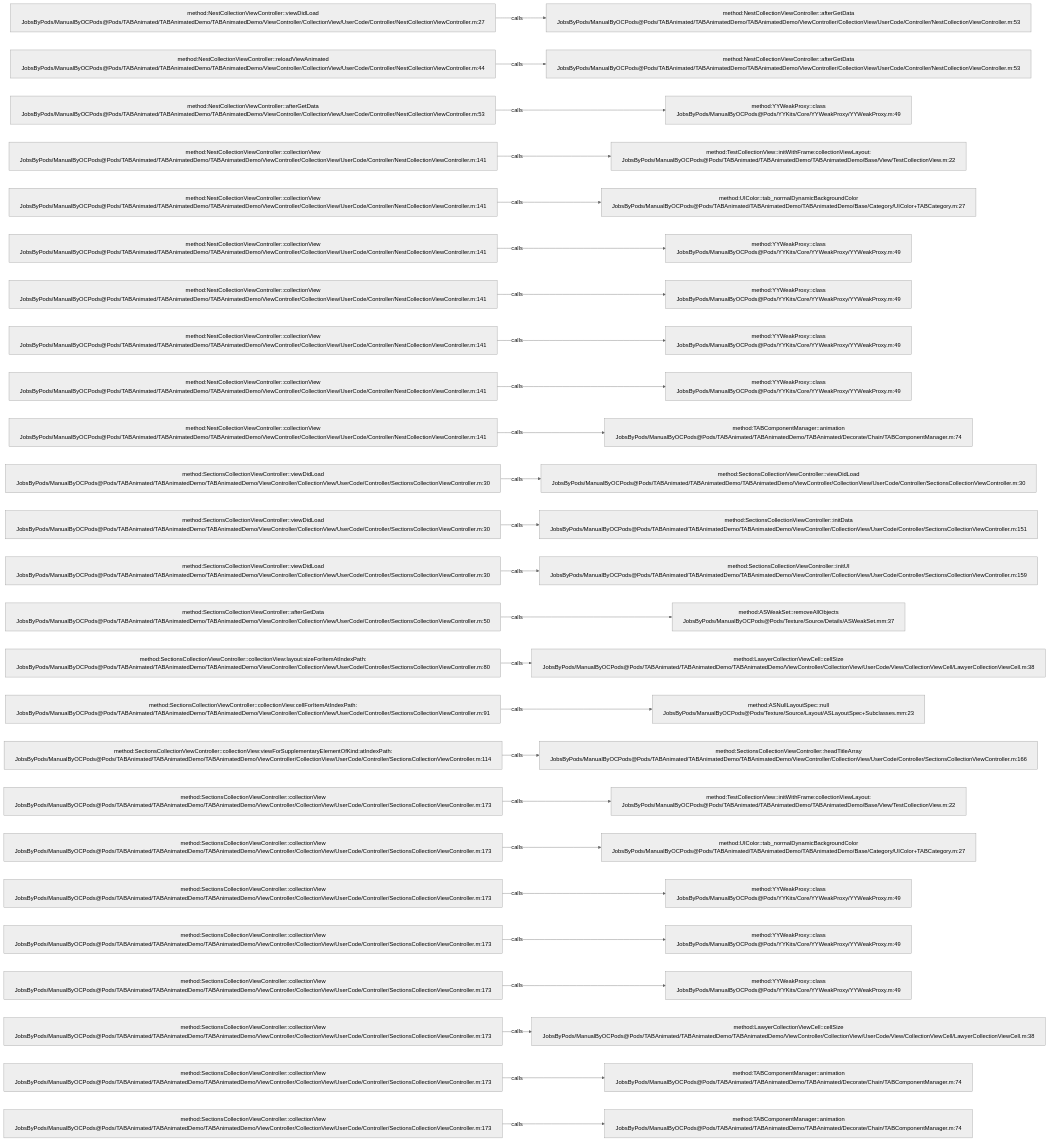
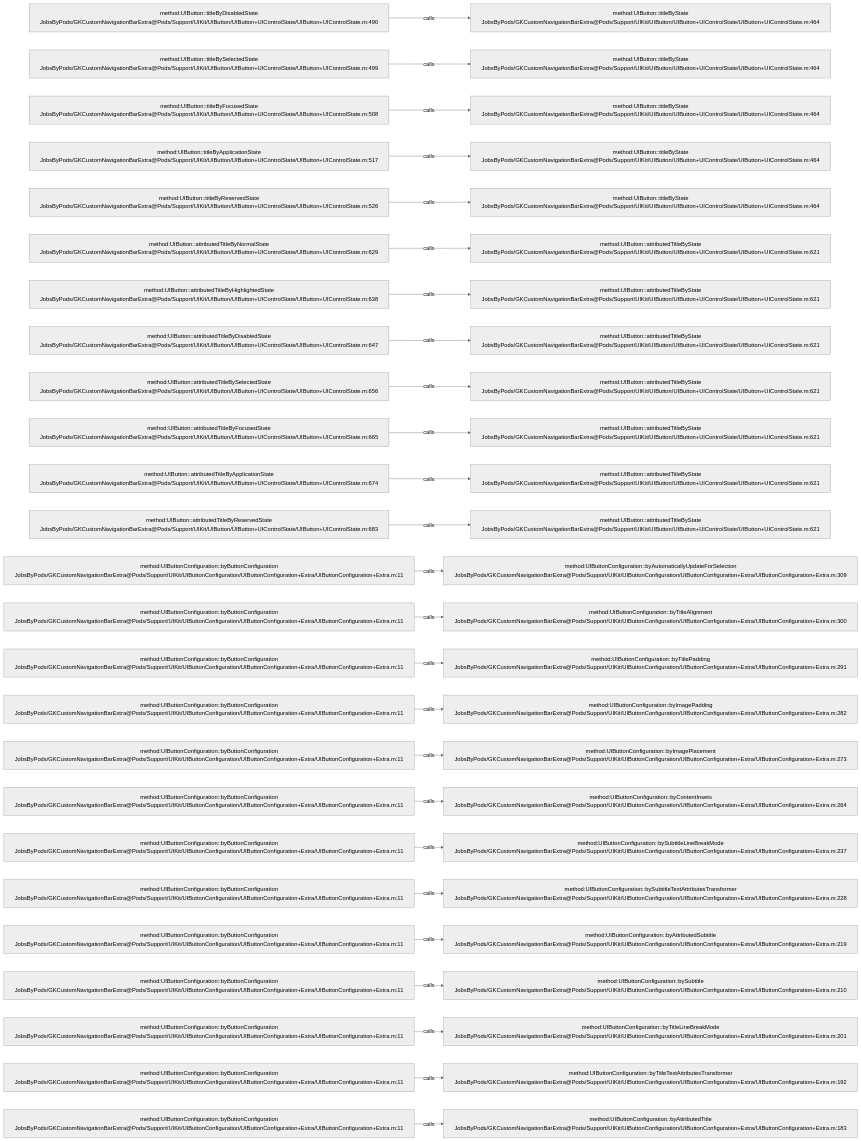
One commit to JobsKits/JobsOCBaseConfigDemo changed the diagram in .codegraph/codegraph.md/graphs/calls-037.md. Above: the diagram before and after it, drawn with Mermaid (neutral theme). The commit also changed 768 other files, not shown here.

````diff
--- a/.codegraph/codegraph.md/graphs/calls-037.md
+++ b/.codegraph/codegraph.md/graphs/calls-037.md
@@ -13,78 +13,78 @@
 ```mermaid
 flowchart LR
-  S1["method:NestCollectionViewController::viewDidLoad<br/>JobsByPods/ManualByOCPods@Pods/TABAnimated/TABAnimatedDemo/TABAnimatedDemo/ViewController/CollectionView/UserCode/Controller/NestCollectionViewController.m:27"]
-  T1["method:NestCollectionViewController::afterGetData<br/>JobsByPods/ManualByOCPods@Pods/TABAnimated/TABAnimatedDemo/TABAnimatedDemo/ViewController/CollectionView/UserCode/Controller/NestCollectionViewController.m:53"]
+  S1["method:UIButton::titleByDisabledState<br/>JobsByPods/GKCustomNavigationBarExtra@Pods/Support/UIKit/UIButton/UIButton+UIControlState/UIButton+UIControlState.m:490"]
+  T1["method:UIButton::titleByState<br/>JobsByPods/GKCustomNavigationBarExtra@Pods/Support/UIKit/UIButton/UIButton+UIControlState/UIButton+UIControlState.m:464"]
   S1 -->|calls| T1
-  S2["method:NestCollectionViewController::reloadViewAnimated<br/>JobsByPods/ManualByOCPods@Pods/TABAnimated/TABAnimatedDemo/TABAnimatedDemo/ViewController/CollectionView/UserCode/Controller/NestCollectionViewController.m:44"]
-  T2["method:NestCollectionViewController::afterGetData<br/>JobsByPods/ManualByOCPods@Pods/TABAnimated/TABAnimatedDemo/TABAnimatedDemo/ViewController/CollectionView/UserCode/Controller/NestCollectionViewController.m:53"]
+  S2["method:UIButton::titleBySelectedState<br/>JobsByPods/GKCustomNavigationBarExtra@Pods/Support/UIKit/UIButton/UIButton+UIControlState/UIButton+UIControlState.m:499"]
+  T2["method:UIButton::titleByState<br/>JobsByPods/GKCustomNavigationBarExtra@Pods/Support/UIKit/UIButton/UIButton+UIControlState/UIButton+UIControlState.m:464"]
   S2 -->|calls| T2
-  S3["method:NestCollectionViewController::afterGetData<br/>JobsByPods/ManualByOCPods@Pods/TABAnimated/TABAnimatedDemo/TABAnimatedDemo/ViewController/CollectionView/UserCode/Controller/NestCollectionViewController.m:53"]
-  T3["method:YYWeakProxy::class<br/>JobsByPods/ManualByOCPods@Pods/YYKits/Core/YYWeakProxy/YYWeakProxy.m:49"]
+  S3["method:UIButton::titleByFocusedState<br/>JobsByPods/GKCustomNavigationBarExtra@Pods/Support/UIKit/UIButton/UIButton+UIControlState/UIButton+UIControlState.m:508"]
+  T3["method:UIButton::titleByState<br/>JobsByPods/GKCustomNavigationBarExtra@Pods/Support/UIKit/UIButton/UIButton+UIControlState/UIButton+UIControlState.m:464"]
   S3 -->|calls| T3
-  S4["method:NestCollectionViewController::collectionView<br/>JobsByPods/ManualByOCPods@Pods/TABAnimated/TABAnimatedDemo/TABAnimatedDemo/ViewController/CollectionView/UserCode/Controller/NestCollectionViewController.m:141"]
-  T4["method:TestCollectionView::initWithFrame:collectionViewLayout:<br/>JobsByPods/ManualByOCPods@Pods/TABAnimated/TABAnimatedDemo/TABAnimatedDemo/Base/View/TestCollectionView.m:22"]
+  S4["method:UIButton::titleByApplicationState<br/>JobsByPods/GKCustomNavigationBarExtra@Pods/Support/UIKit/UIButton/UIButton+UIControlState/UIButton+UIControlState.m:517"]
+  T4["method:UIButton::titleByState<br/>JobsByPods/GKCustomNavigationBarExtra@Pods/Support/UIKit/UIButton/UIButton+UIControlState/UIButton+UIControlState.m:464"]
   S4 -->|calls| T4
-  S5["method:NestCollectionViewController::collectionView<br/>JobsByPods/ManualByOCPods@Pods/TABAnimated/TABAnimatedDemo/TABAnimatedDemo/ViewController/CollectionView/UserCode/Controller/NestCollectionViewController.m:141"]
-  T5["method:UIColor::tab_normalDynamicBackgroundColor<br/>JobsByPods/ManualByOCPods@Pods/TABAnimated/TABAnimatedDemo/TABAnimatedDemo/Base/Category/UIColor+TABCategory.m:27"]
+  S5["method:UIButton::titleByReservedState<br/>JobsByPods/GKCustomNavigationBarExtra@Pods/Support/UIKit/UIButton/UIButton+UIControlState/UIButton+UIControlState.m:526"]
+  T5["method:UIButton::titleByState<br/>JobsByPods/GKCustomNavigationBarExtra@Pods/Support/UIKit/UIButton/UIButton+UIControlState/UIButton+UIControlState.m:464"]
   S5 -->|calls| T5
-  S6["method:NestCollectionViewController::collectionView<br/>JobsByPods/ManualByOCPods@Pods/TABAnimated/TABAnimatedDemo/TABAnimatedDemo/ViewController/CollectionView/UserCode/Controller/NestCollectionViewController.m:141"]
-  T6["method:YYWeakProxy::class<br/>JobsByPods/ManualByOCPods@Pods/YYKits/Core/YYWeakProxy/YYWeakProxy.m:49"]
+  S6["method:UIButton::attributedTitleByNormalState<br/>JobsByPods/GKCustomNavigationBarExtra@Pods/Support/UIKit/UIButton/UIButton+UIControlState/UIButton+UIControlState.m:629"]
+  T6["method:UIButton::attributedTitleByState<br/>JobsByPods/GKCustomNavigationBarExtra@Pods/Support/UIKit/UIButton/UIButton+UIControlState/UIButton+UIControlState.m:621"]
   S6 -->|calls| T6
-  S7["method:NestCollectionViewController::collectionView<br/>JobsByPods/ManualByOCPods@Pods/TABAnimated/TABAnimatedDemo/TABAnimatedDemo/ViewController/CollectionView/UserCode/Controller/NestCollectionViewController.m:141"]
-  T7["method:YYWeakProxy::class<br/>JobsByPods/ManualByOCPods@Pods/YYKits/Core/YYWeakProxy/YYWeakProxy.m:49"]
+  S7["method:UIButton::attributedTitleByHighlightedState<br/>JobsByPods/GKCustomNavigationBarExtra@Pods/Support/UIKit/UIButton/UIButton+UIControlState/UIButton+UIControlState.m:638"]
+  T7["method:UIButton::attributedTitleByState<br/>JobsByPods/GKCustomNavigationBarExtra@Pods/Support/UIKit/UIButton/UIButton+UIControlState/UIButton+UIControlState.m:621"]
   S7 -->|calls| T7
-  S8["method:NestCollectionViewController::collectionView<br/>JobsByPods/ManualByOCPods@Pods/TABAnimated/TABAnimatedDemo/TABAnimatedDemo/ViewController/CollectionView/UserCode/Controller/NestCollectionViewController.m:141"]
-  T8["method:YYWeakProxy::class<br/>JobsByPods/ManualByOCPods@Pods/YYKits/Core/YYWeakProxy/YYWeakProxy.m:49"]
+  S8["method:UIButton::attributedTitleByDisabledState<br/>JobsByPods/GKCustomNavigationBarExtra@Pods/Support/UIKit/UIButton/UIButton+UIControlState/UIButton+UIControlState.m:647"]
+  T8["method:UIButton::attributedTitleByState<br/>JobsByPods/GKCustomNavigationBarExtra@Pods/Support/UIKit/UIButton/UIButton+UIControlState/UIButton+UIControlState.m:621"]
   S8 -->|calls| T8
-  S9["method:NestCollectionViewController::collectionView<br/>JobsByPods/ManualByOCPods@Pods/TABAnimated/TABAnimatedDemo/TABAnimatedDemo/ViewController/CollectionView/UserCode/Controller/NestCollectionViewController.m:141"]
-  T9["method:YYWeakProxy::class<br/>JobsByPods/ManualByOCPods@Pods/YYKits/Core/YYWeakProxy/YYWeakProxy.m:49"]
+  S9["method:UIButton::attributedTitleBySelectedState<br/>JobsByPods/GKCustomNavigationBarExtra@Pods/Support/UIKit/UIButton/UIButton+UIControlState/UIButton+UIControlState.m:656"]
+  T9["method:UIButton::attributedTitleByState<br/>JobsByPods/GKCustomNavigationBarExtra@Pods/Support/UIKit/UIButton/UIButton+UIControlState/UIButton+UIControlState.m:621"]
   S9 -->|calls| T9
-  S10["method:NestCollectionViewController::collectionView<br/>JobsByPods/ManualByOCPods@Pods/TABAnimated/TABAnimatedDemo/TABAnimatedDemo/ViewController/CollectionView/UserCode/Controller/NestCollectionViewController.m:141"]
-  T10["method:TABComponentManager::animation<br/>JobsByPods/ManualByOCPods@Pods/TABAnimated/TABAnimatedDemo/TABAnimated/Decorate/Chain/TABComponentManager.m:74"]
+  S10["method:UIButton::attributedTitleByFocusedState<br/>JobsByPods/GKCustomNavigationBarExtra@Pods/Support/UIKit/UIButton/UIButton+UIControlState/UIButton+UIControlState.m:665"]
+  T10["method:UIButton::attributedTitleByState<br/>JobsByPods/GKCustomNavigationBarExtra@Pods/Support/UIKit/UIButton/UIButton+UIControlState/UIButton+UIControlState.m:621"]
   S10 -->|calls| T10
-  S11["method:SectionsCollectionViewController::viewDidLoad<br/>JobsByPods/ManualByOCPods@Pods/TABAnimated/TABAnimatedDemo/TABAnimatedDemo/ViewController/CollectionView/UserCode/Controller/SectionsCollectionViewController.m:30"]
-  T11["method:SectionsCollectionViewController::viewDidLoad<br/>JobsByPods/ManualByOCPods@Pods/TABAnimated/TABAnimatedDemo/TABAnimatedDemo/ViewController/CollectionView/UserCode/Controller/SectionsCollectionViewController.m:30"]
+  S11["method:UIButton::attributedTitleByApplicationState<br/>JobsByPods/GKCustomNavigationBarExtra@Pods/Support/UIKit/UIButton/UIButton+UIControlState/UIButton+UIControlState.m:674"]
+  T11["method:UIButton::attributedTitleByState<br/>JobsByPods/GKCustomNavigationBarExtra@Pods/Support/UIKit/UIButton/UIButton+UIControlState/UIButton+UIControlState.m:621"]
   S11 -->|calls| T11
-  S12["method:SectionsCollectionViewController::viewDidLoad<br/>JobsByPods/ManualByOCPods@Pods/TABAnimated/TABAnimatedDemo/TABAnimatedDemo/ViewController/CollectionView/UserCode/Controller/SectionsCollectionViewController.m:30"]
-  T12["method:SectionsCollectionViewController::initData<br/>JobsByPods/ManualByOCPods@Pods/TABAnimated/TABAnimatedDemo/TABAnimatedDemo/ViewController/CollectionView/UserCode/Controller/SectionsCollectionViewController.m:151"]
+  S12["method:UIButton::attributedTitleByReservedState<br/>JobsByPods/GKCustomNavigationBarExtra@Pods/Support/UIKit/UIButton/UIButton+UIControlState/UIButton+UIControlState.m:683"]
+  T12["method:UIButton::attributedTitleByState<br/>JobsByPods/GKCustomNavigationBarExtra@Pods/Support/UIKit/UIButton/UIButton+UIControlState/UIButton+UIControlState.m:621"]
   S12 -->|calls| T12
-  S13["method:SectionsCollectionViewController::viewDidLoad<br/>JobsByPods/ManualByOCPods@Pods/TABAnimated/TABAnimatedDemo/TABAnimatedDemo/ViewController/CollectionView/UserCode/Controller/SectionsCollectionViewController.m:30"]
-  T13["method:SectionsCollectionViewController::initUI<br/>JobsByPods/ManualByOCPods@Pods/TABAnimated/TABAnimatedDemo/TABAnimatedDemo/ViewController/CollectionView/UserCode/Controller/SectionsCollectionViewController.m:159"]
+  S13["method:UIButtonConfiguration::byButtonConfiguration<br/>JobsByPods/GKCustomNavigationBarExtra@Pods/Support/UIKit/UIButtonConfiguration/UIButtonConfiguration+Extra/UIButtonConfiguration+Extra.m:11"]
+  T13["method:UIButtonConfiguration::byAutomaticallyUpdateForSelection<br/>JobsByPods/GKCustomNavigationBarExtra@Pods/Support/UIKit/UIButtonConfiguration/UIButtonConfiguration+Extra/UIButtonConfiguration+Extra.m:309"]
   S13 -->|calls| T13
-  S14["method:SectionsCollectionViewController::afterGetData<br/>JobsByPods/ManualByOCPods@Pods/TABAnimated/TABAnimatedDemo/TABAnimatedDemo/ViewController/CollectionView/UserCode/Controller/SectionsCollectionViewController.m:50"]
-  T14["method:ASWeakSet::removeAllObjects<br/>JobsByPods/ManualByOCPods@Pods/Texture/Source/Details/ASWeakSet.mm:37"]
+  S14["method:UIButtonConfiguration::byButtonConfiguration<br/>JobsByPods/GKCustomNavigationBarExtra@Pods/Support/UIKit/UIButtonConfiguration/UIButtonConfiguration+Extra/UIButtonConfiguration+Extra.m:11"]
+  T14["method:UIButtonConfiguration::byTitleAlignment<br/>JobsByPods/GKCustomNavigationBarExtra@Pods/Support/UIKit/UIButtonConfiguration/UIButtonConfiguration+Extra/UIButtonConfiguration+Extra.m:300"]
   S14 -->|calls| T14
-  S15["method:SectionsCollectionViewController::collectionView:layout:sizeForItemAtIndexPath:<br/>JobsByPods/ManualByOCPods@Pods/TABAnimated/TABAnimatedDemo/TABAnimatedDemo/ViewController/CollectionView/UserCode/Controller/SectionsCollectionViewController.m:80"]
-  T15["method:LawyerCollectionViewCell::cellSize<br/>JobsByPods/ManualByOCPods@Pods/TABAnimated/TABAnimatedDemo/TABAnimatedDemo/ViewController/CollectionView/UserCode/View/CollectionViewCell/LawyerCollectionViewCell.m:38"]
+  S15["method:UIButtonConfiguration::byButtonConfiguration<br/>JobsByPods/GKCustomNavigationBarExtra@Pods/Support/UIKit/UIButtonConfiguration/UIButtonConfiguration+Extra/UIButtonConfiguration+Extra.m:11"]
+  T15["method:UIButtonConfiguration::byTitlePadding<br/>JobsByPods/GKCustomNavigationBarExtra@Pods/Support/UIKit/UIButtonConfiguration/UIButtonConfiguration+Extra/UIButtonConfiguration+Extra.m:291"]
   S15 -->|calls| T15
-  S16["method:SectionsCollectionViewController::collectionView:cellForItemAtIndexPath:<br/>JobsByPods/ManualByOCPods@Pods/TABAnimated/TABAnimatedDemo/TABAnimatedDemo/ViewController/CollectionView/UserCode/Controller/SectionsCollectionViewController.m:91"]
-  T16["method:ASNullLayoutSpec::null<br/>JobsByPods/ManualByOCPods@Pods/Texture/Source/Layout/ASLayoutSpec+Subclasses.mm:23"]
+  S16["method:UIButtonConfiguration::byButtonConfiguration<br/>JobsByPods/GKCustomNavigationBarExtra@Pods/Support/UIKit/UIButtonConfiguration/UIButtonConfiguration+Extra/UIButtonConfiguration+Extra.m:11"]
+  T16["method:UIButtonConfiguration::byImagePadding<br/>JobsByPods/GKCustomNavigationBarExtra@Pods/Support/UIKit/UIButtonConfiguration/UIButtonConfiguration+Extra/UIButtonConfiguration+Extra.m:282"]
   S16 -->|calls| T16
-  S17["method:SectionsCollectionViewController::collectionView:viewForSupplementaryElementOfKind:atIndexPath:<br/>JobsByPods/ManualByOCPods@Pods/TABAnimated/TABAnimatedDemo/TABAnimatedDemo/ViewController/CollectionView/UserCode/Controller/SectionsCollectionViewController.m:114"]
-  T17["method:SectionsCollectionViewController::headTitleArray<br/>JobsByPods/ManualByOCPods@Pods/TABAnimated/TABAnimatedDemo/TABAnimatedDemo/ViewController/CollectionView/UserCode/Controller/SectionsCollectionViewController.m:166"]
+  S17["method:UIButtonConfiguration::byButtonConfiguration<br/>JobsByPods/GKCustomNavigationBarExtra@Pods/Support/UIKit/UIButtonConfiguration/UIButtonConfiguration+Extra/UIButtonConfiguration+Extra.m:11"]
+  T17["method:UIButtonConfiguration::byImagePlacement<br/>JobsByPods/GKCustomNavigationBarExtra@Pods/Support/UIKit/UIButtonConfiguration/UIButtonConfiguration+Extra/UIButtonConfiguration+Extra.m:273"]
   S17 -->|calls| T17
-  S18["method:SectionsCollectionViewController::collectionView<br/>JobsByPods/ManualByOCPods@Pods/TABAnimated/TABAnimatedDemo/TABAnimatedDemo/ViewController/CollectionView/UserCode/Controller/SectionsCollectionViewController.m:173"]
-  T18["method:TestCollectionView::initWithFrame:collectionViewLayout:<br/>JobsByPods/ManualByOCPods@Pods/TABAnimated/TABAnimatedDemo/TABAnimatedDemo/Base/View/TestCollectionView.m:22"]
+  S18["method:UIButtonConfiguration::byButtonConfiguration<br/>JobsByPods/GKCustomNavigationBarExtra@Pods/Support/UIKit/UIButtonConfiguration/UIButtonConfiguration+Extra/UIButtonConfiguration+Extra.m:11"]
+  T18["method:UIButtonConfiguration::byContentInsets<br/>JobsByPods/GKCustomNavigationBarExtra@Pods/Support/UIKit/UIButtonConfiguration/UIButtonConfiguration+Extra/UIButtonConfiguration+Extra.m:264"]
   S18 -->|calls| T18
-  S19["method:SectionsCollectionViewController::collectionView<br/>JobsByPods/ManualByOCPods@Pods/TABAnimated/TABAnimatedDemo/TABAnimatedDemo/ViewController/CollectionView/UserCode/Controller/SectionsCollectionViewController.m:173"]
-  T19["method:UIColor::tab_normalDynamicBackgroundColor<br/>JobsByPods/ManualByOCPods@Pods/TABAnimated/TABAnimatedDemo/TABAnimatedDemo/Base/Category/UIColor+TABCategory.m:27"]
+  S19["method:UIButtonConfiguration::byButtonConfiguration<br/>JobsByPods/GKCustomNavigationBarExtra@Pods/Support/UIKit/UIButtonConfiguration/UIButtonConfiguration+Extra/UIButtonConfiguration+Extra.m:11"]
+  T19["method:UIButtonConfiguration::bySubtitleLineBreakMode<br/>JobsByPods/GKCustomNavigationBarExtra@Pods/Support/UIKit/UIButtonConfiguration/UIButtonConfiguration+Extra/UIButtonConfiguration+Extra.m:237"]
   S19 -->|calls| T19
-  S20["method:SectionsCollectionViewController::collectionView<br/>JobsByPods/ManualByOCPods@Pods/TABAnimated/TABAnimatedDemo/TABAnimatedDemo/ViewController/CollectionView/UserCode/Controller/SectionsCollectionViewController.m:173"]
-  T20["method:YYWeakProxy::class<br/>JobsByPods/ManualByOCPods@Pods/YYKits/Core/YYWeakProxy/YYWeakProxy.m:49"]
+  S20["method:UIButtonConfiguration::byButtonConfiguration<br/>JobsByPods/GKCustomNavigationBarExtra@Pods/Support/UIKit/UIButtonConfiguration/UIButtonConfiguration+Extra/UIButtonConfiguration+Extra.m:11"]
+  T20["method:UIButtonConfiguration::bySubtitleTextAttributesTransformer<br/>JobsByPods/GKCustomNavigationBarExtra@Pods/Support/UIKit/UIButtonConfiguration/UIButtonConfiguration+Extra/UIButtonConfiguration+Extra.m:228"]
   S20 -->|calls| T20
-  S21["method:SectionsCollectionViewController::collectionView<br/>JobsByPods/ManualByOCPods@Pods/TABAnimated/TABAnimatedDemo/TABAnimatedDemo/ViewController/CollectionView/UserCode/Controller/SectionsCollectionViewController.m:173"]
-  T21["method:YYWeakProxy::class<br/>JobsByPods/ManualByOCPods@Pods/YYKits/Core/YYWeakProxy/YYWeakProxy.m:49"]
+  S21["method:UIButtonConfiguration::byButtonConfiguration<br/>JobsByPods/GKCustomNavigationBarExtra@Pods/Support/UIKit/UIButtonConfiguration/UIButtonConfiguration+Extra/UIButtonConfiguration+Extra.m:11"]
+  T21["method:UIButtonConfiguration::byAttributedSubtitle<br/>JobsByPods/GKCustomNavigationBarExtra@Pods/Support/UIKit/UIButtonConfiguration/UIButtonConfiguration+Extra/UIButtonConfiguration+Extra.m:219"]
   S21 -->|calls| T21
-  S22["method:SectionsCollectionViewController::collectionView<br/>JobsByPods/ManualByOCPods@Pods/TABAnimated/TABAnimatedDemo/TABAnimatedDemo/ViewController/CollectionView/UserCode/Controller/SectionsCollectionViewController.m:173"]
-  T22["method:YYWeakProxy::class<br/>JobsByPods/ManualByOCPods@Pods/YYKits/Core/YYWeakProxy/YYWeakProxy.m:49"]
+  S22["method:UIButtonConfiguration::byButtonConfiguration<br/>JobsByPods/GKCustomNavigationBarExtra@Pods/Support/UIKit/UIButtonConfiguration/UIButtonConfiguration+Extra/UIButtonConfiguration+Extra.m:11"]
+  T22["method:UIButtonConfiguration::bySubtitle<br/>JobsByPods/GKCustomNavigationBarExtra@Pods/Support/UIKit/UIButtonConfiguration/UIButtonConfiguration+Extra/UIButtonConfiguration+Extra.m:210"]
   S22 -->|calls| T22
-  S23["method:SectionsCollectionViewController::collectionView<br/>JobsByPods/ManualByOCPods@Pods/TABAnimated/TABAnimatedDemo/TABAnimatedDemo/ViewController/CollectionView/UserCode/Controller/SectionsCollectionViewController.m:173"]
-  T23["method:LawyerCollectionViewCell::cellSize<br/>JobsByPods/ManualByOCPods@Pods/TABAnimated/TABAnimatedDemo/TABAnimatedDemo/ViewController/CollectionView/UserCode/View/CollectionViewCell/LawyerCollectionViewCell.m:38"]
+  S23["method:UIButtonConfiguration::byButtonConfiguration<br/>JobsByPods/GKCustomNavigationBarExtra@Pods/Support/UIKit/UIButtonConfiguration/UIButtonConfiguration+Extra/UIButtonConfiguration+Extra.m:11"]
+  T23["method:UIButtonConfiguration::byTitleLineBreakMode<br/>JobsByPods/GKCustomNavigationBarExtra@Pods/Support/UIKit/UIButtonConfiguration/UIButtonConfiguration+Extra/UIButtonConfiguration+Extra.m:201"]
   S23 -->|calls| T23
-  S24["method:SectionsCollectionViewController::collectionView<br/>JobsByPods/ManualByOCPods@Pods/TABAnimated/TABAnimatedDemo/TABAnimatedDemo/ViewController/CollectionView/UserCode/Controller/SectionsCollectionViewController.m:173"]
-  T24["method:TABComponentManager::animation<br/>JobsByPods/ManualByOCPods@Pods/TABAnimated/TABAnimatedDemo/TABAnimated/Decorate/Chain/TABComponentManager.m:74"]
+  S24["method:UIButtonConfiguration::byButtonConfiguration<br/>JobsByPods/GKCustomNavigationBarExtra@Pods/Support/UIKit/UIButtonConfiguration/UIButtonConfiguration+Extra/UIButtonConfiguration+Extra.m:11"]
+  T24["method:UIButtonConfiguration::byTitleTextAttributesTransformer<br/>JobsByPods/GKCustomNavigationBarExtra@Pods/Support/UIKit/UIButtonConfiguration/UIButtonConfiguration+Extra/UIButtonConfiguration+Extra.m:192"]
   S24 -->|calls| T24
-  S25["method:SectionsCollectionViewController::collectionView<br/>JobsByPods/ManualByOCPods@Pods/TABAnimated/TABAnimatedDemo/TABAnimatedDemo/ViewController/CollectionView/UserCode/Controller/SectionsCollectionViewController.m:173"]
-  T25["method:TABComponentManager::animation<br/>JobsByPods/ManualByOCPods@Pods/TABAnimated/TABAnimatedDemo/TABAnimated/Decorate/Chain/TABComponentManager.m:74"]
+  S25["method:UIButtonConfiguration::byButtonConfiguration<br/>JobsByPods/GKCustomNavigationBarExtra@Pods/Support/UIKit/UIButtonConfiguration/UIButtonConfiguration+Extra/UIButtonConfiguration+Extra.m:11"]
+  T25["method:UIButtonConfiguration::byAttributedTitle<br/>JobsByPods/GKCustomNavigationBarExtra@Pods/Support/UIKit/UIButtonConfiguration/UIButtonConfiguration+Extra/UIButtonConfiguration+Extra.m:183"]
   S25 -->|calls| T25
 ```
````
